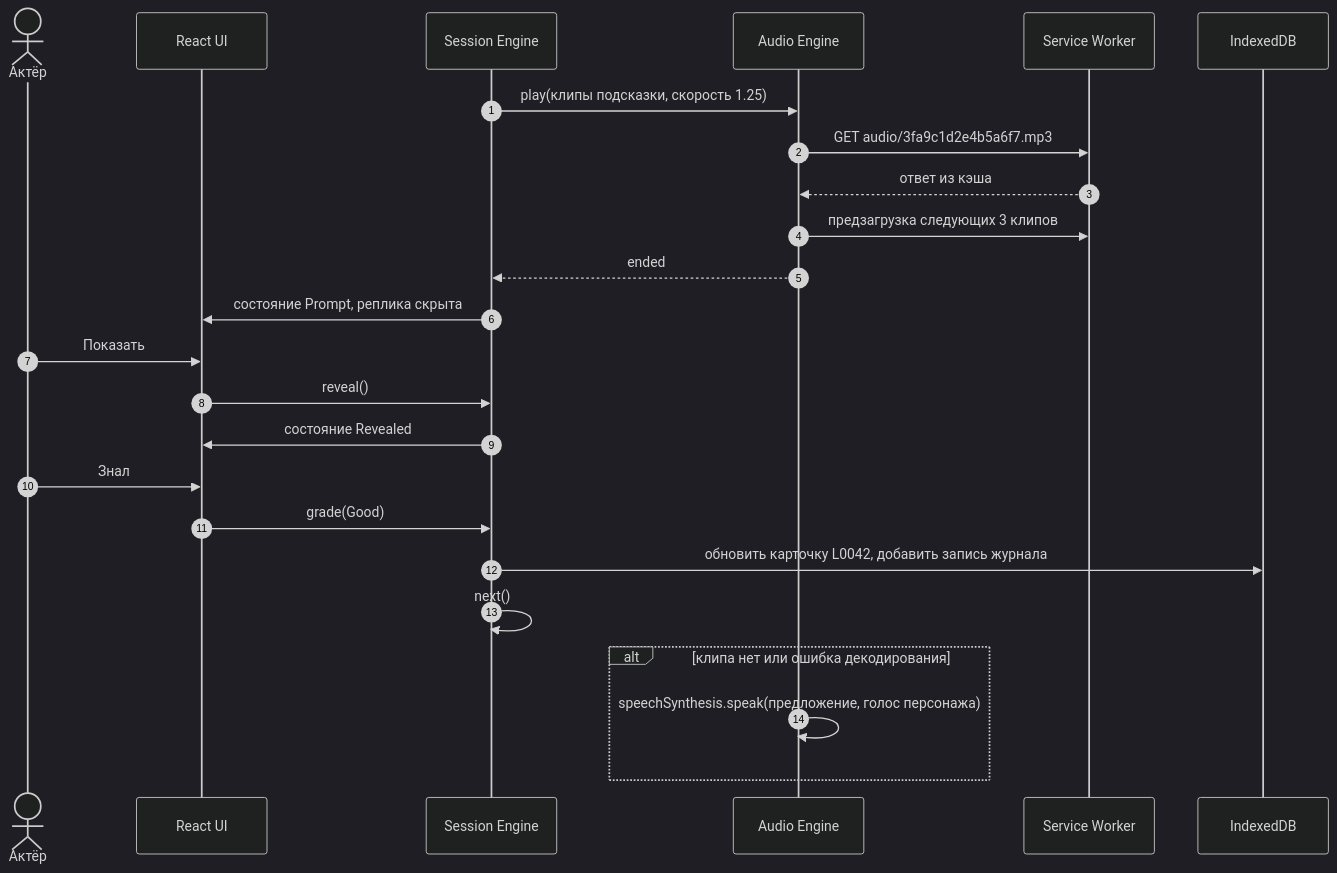
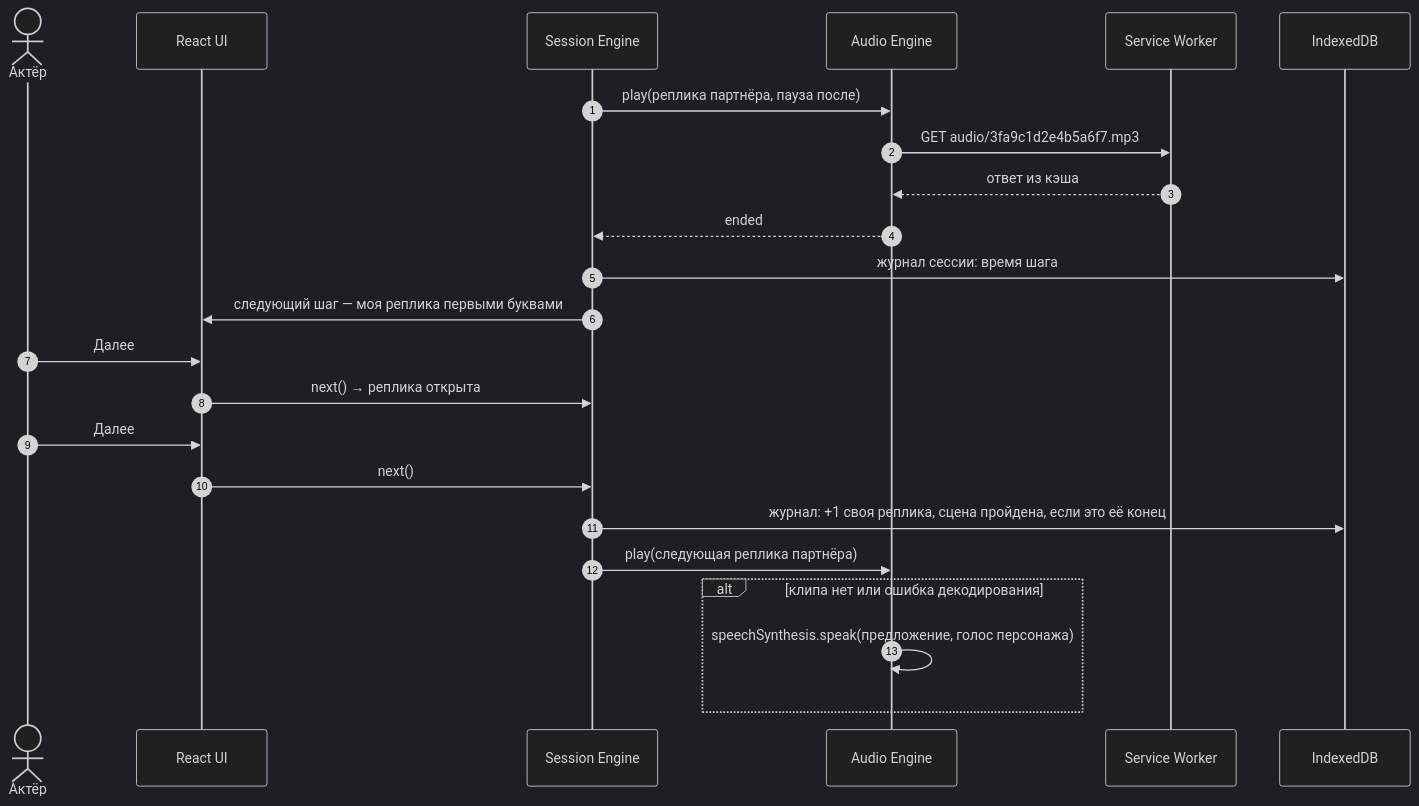
The fourth of 8 diagrams in docs/ARCHITECTURE.md (Veldmord/text-learning), drawn with Mermaid (dark theme) before and after one commit. The commit also changed other lines of this file and 61 other files, not shown here.

````diff
--- a/docs/ARCHITECTURE.md
+++ b/docs/ARCHITECTURE.md
@@ -402,26 +386,25 @@
 ```mermaid
 sequenceDiagram
   autonumber
   actor A as Актёр
   participant UI as React UI
   participant SE as Session Engine
   participant AE as Audio Engine
   participant SW as Service Worker
   participant DB as IndexedDB
-  SE->>AE: play(клипы подсказки, скорость 1.25)
+  SE->>AE: play(реплика партнёра, пауза после)
   AE->>SW: GET audio/3fa9c1d2e4b5a6f7.mp3
   SW-->>AE: ответ из кэша
-  AE->>SW: предзагрузка следующих 3 клипов
   AE-->>SE: ended
-  SE->>UI: состояние Prompt, реплика скрыта
-  A->>UI: Показать
-  UI->>SE: reveal()
-  SE->>UI: состояние Revealed
-  A->>UI: Знал
-  UI->>SE: grade(Good)
-  SE->>DB: обновить карточку L0042, добавить запись журнала
-  SE->>SE: next()
+  SE->>DB: журнал сессии: время шага
+  SE->>UI: следующий шаг — моя реплика первыми буквами
+  A->>UI: Далее
+  UI->>SE: next() → реплика открыта
+  A->>UI: Далее
+  UI->>SE: next()
+  SE->>DB: журнал: +1 своя реплика, сцена пройдена, если это её конец
+  SE->>AE: play(следующая реплика партнёра)
   alt клипа нет или ошибка декодирования
     AE->>AE: speechSynthesis.speak(предложение, голос персонажа)
   end
 ```
````
